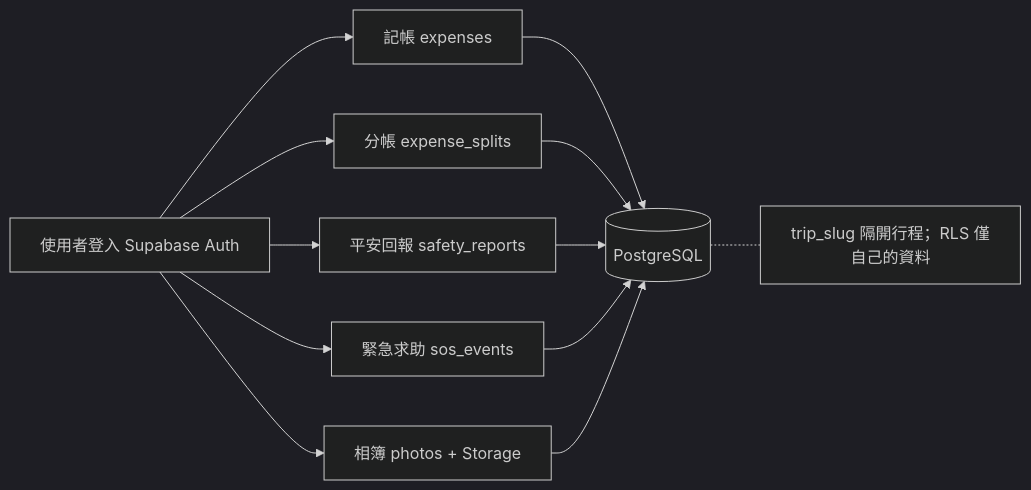
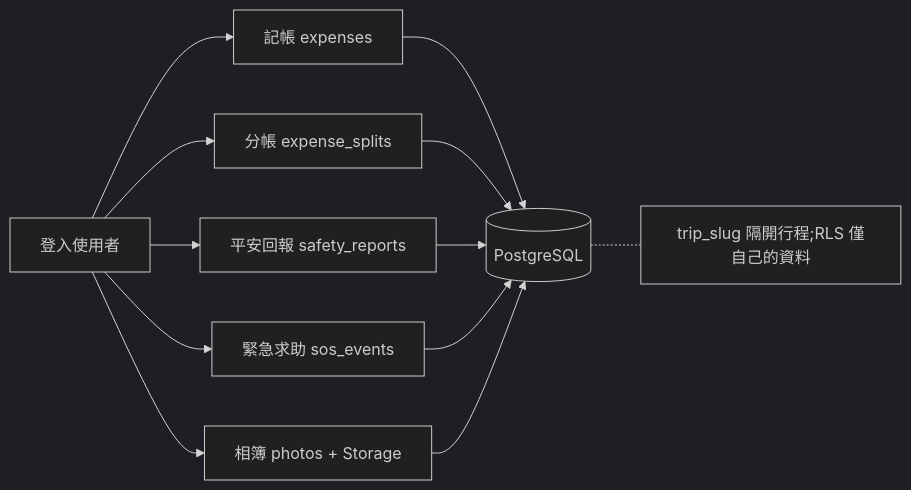
One commit to ChuangAllen/travel-app changed the fifth of 7 diagrams in README.md. Above: the diagram before and after it, drawn with Mermaid (dark theme). The commit also changed other lines of this file and 11 other files, not shown here.

````diff
--- a/README.md
+++ b/README.md
@@ -133,14 +153,14 @@
 ```mermaid
 flowchart LR
-    A["使用者登入 Supabase Auth"] --> B["記帳 expenses"]
+    A["登入使用者"] --> B["記帳 expenses"]
     A --> C["分帳 expense_splits"]
     A --> D["平安回報 safety_reports"]
     A --> E["緊急求助 sos_events"]
     A --> F["相簿 photos + Storage"]
     B --> G[("PostgreSQL")]
     C --> G
     D --> G
     E --> G
     F --> G
-    G -.- N["trip_slug 隔開行程；RLS 僅自己的資料"]
+    G -.- N["trip_slug 隔開行程;RLS 僅自己的資料"]
 ```
````
